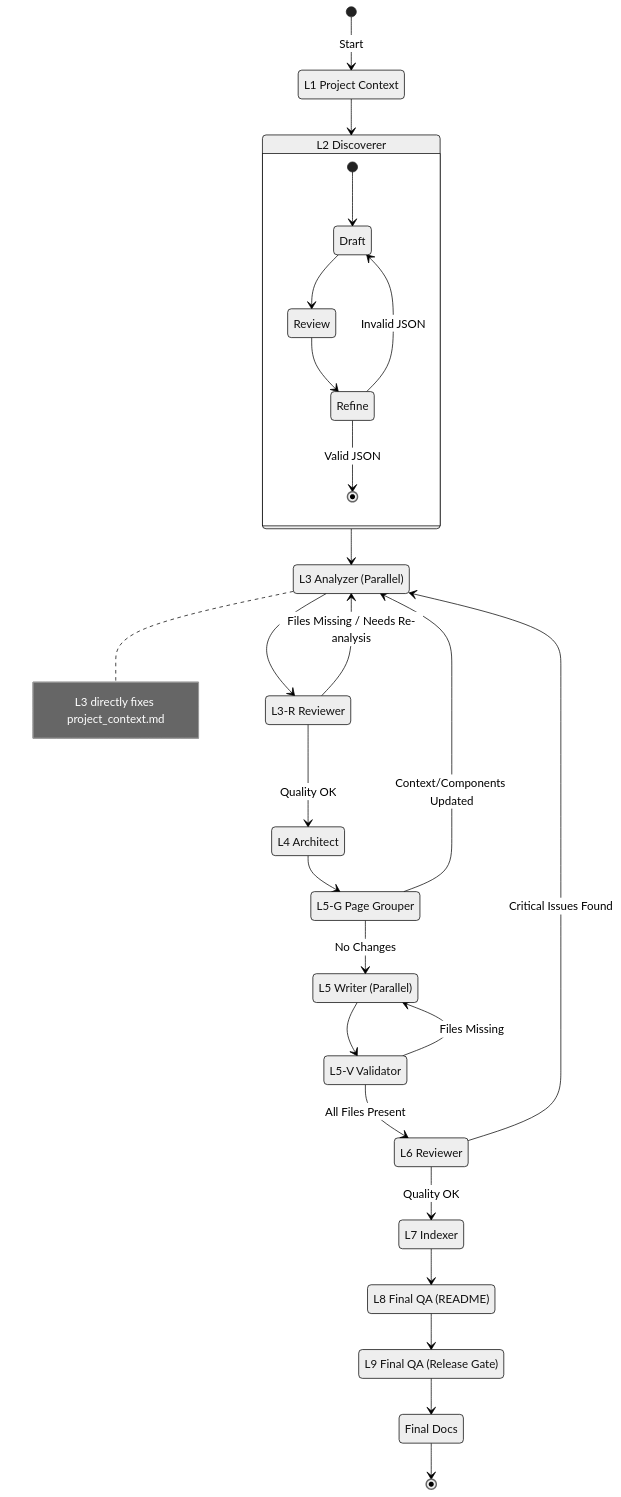
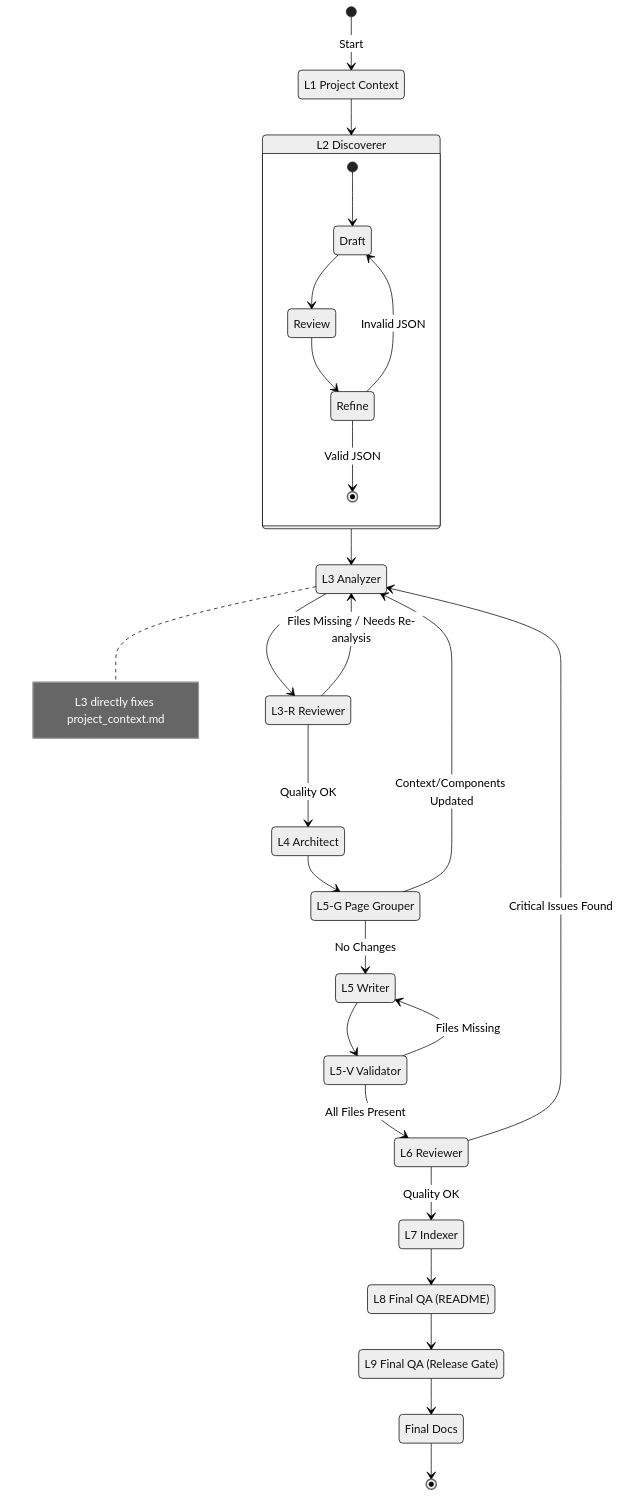
One commit to ifapmzadu6/vscode-copilot-deepwiki-extention changed the diagram in README.md. Above: the diagram before and after it, drawn with Mermaid (neutral theme). The commit also changed other lines of this file and 3 other files, not shown here.

````diff
--- a/README.md
+++ b/README.md
@@ -23,50 +23,50 @@
 ```mermaid
 stateDiagram-v2
     [*] --> L1: Start
 
     L1: L1 Project Context
     L2: L2 Discoverer
-    L3: L3 Analyzer (Parallel)
+    L3: L3 Analyzer
     L3R: L3-R Reviewer
     L4: L4 Architect
     L5G: L5-G Page Grouper
-    L5: L5 Writer (Parallel)
+    L5: L5 Writer
     L5V: L5-V Validator
     L6: L6 Reviewer
     L7: L7 Indexer
     L8: L8 Final QA (README)
     L9: L9 Final QA (Release Gate)
     Done: Final Docs
 
     L1 --> L2
 
     state L2 {
         [*] --> Draft
         Draft --> Review
         Review --> Refine
         Refine --> [*]: Valid JSON
         Refine --> Draft: Invalid JSON
     }
 
     L2 --> L3
 
     note right of L3 : L3 directly fixes project_context.md
     L3 --> L3R
     L3R --> L3: Files Missing / Needs Re-analysis
     L3R --> L4: Quality OK
 
     L4 --> L5G
     L5G --> L3: Context/Components Updated
     L5G --> L5: No Changes
     L5 --> L5V
     L5V --> L5: Files Missing
     L5V --> L6: All Files Present
 
     L6 --> L3: Critical Issues Found
     L6 --> L7: Quality OK
 
     L7 --> L8
     L8 --> L9
     L9 --> Done
     Done --> [*]
 ```
````
